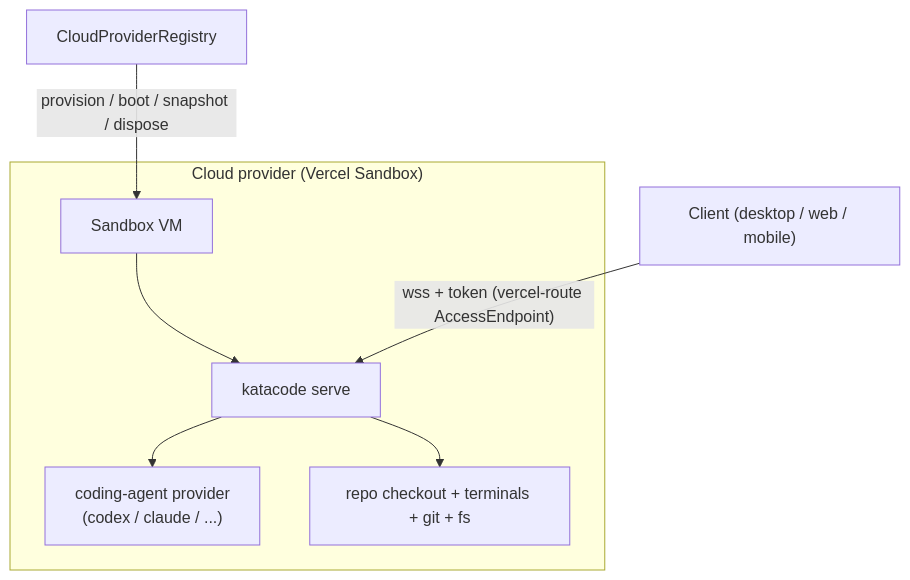
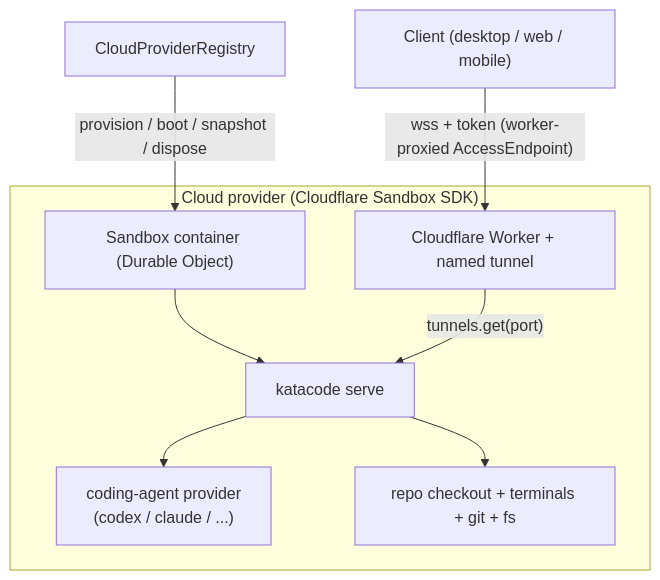
The diagram in docs/specs/2026-06-27-kata-cloud-roadmap-design.md (gannonh/kata-code), drawn with Mermaid before and after one commit. The commit also changed other lines of this file and 1 other file, not shown here.

Commit message:
docs(specs): switch Kata Cloud V1 driver from Vercel to Cloudflare (tunnels reachability)

````diff
--- a/docs/specs/2026-06-27-kata-cloud-roadmap-design.md
+++ b/docs/specs/2026-06-27-kata-cloud-roadmap-design.md
@@ -157,14 +192,16 @@
 ```mermaid
 flowchart TB
   Client["Client (desktop / web / mobile)"]
-  subgraph Cloud["Cloud provider (Vercel Sandbox)"]
-    VM["Sandbox VM"]
+  subgraph Cloud["Cloud provider (Cloudflare Sandbox SDK)"]
+    VM["Sandbox container (Durable Object)"]
+    Worker["Cloudflare Worker + named tunnel"]
     Serve["katacode serve"]
     Prov["coding-agent provider\n(codex / claude / ...)"]
     Repo["repo checkout + terminals + git + fs"]
     VM --> Serve --> Prov
     Serve --> Repo
   end
-  Client -- "wss + token (vercel-route AccessEndpoint)" --> Serve
+  Client -- "wss + token (worker-proxied AccessEndpoint)" --> Worker
+  Worker -- "tunnels.get(port)" --> Serve
   Reg["CloudProviderRegistry"] -- "provision / boot / snapshot / dispose" --> VM
 ```
````
